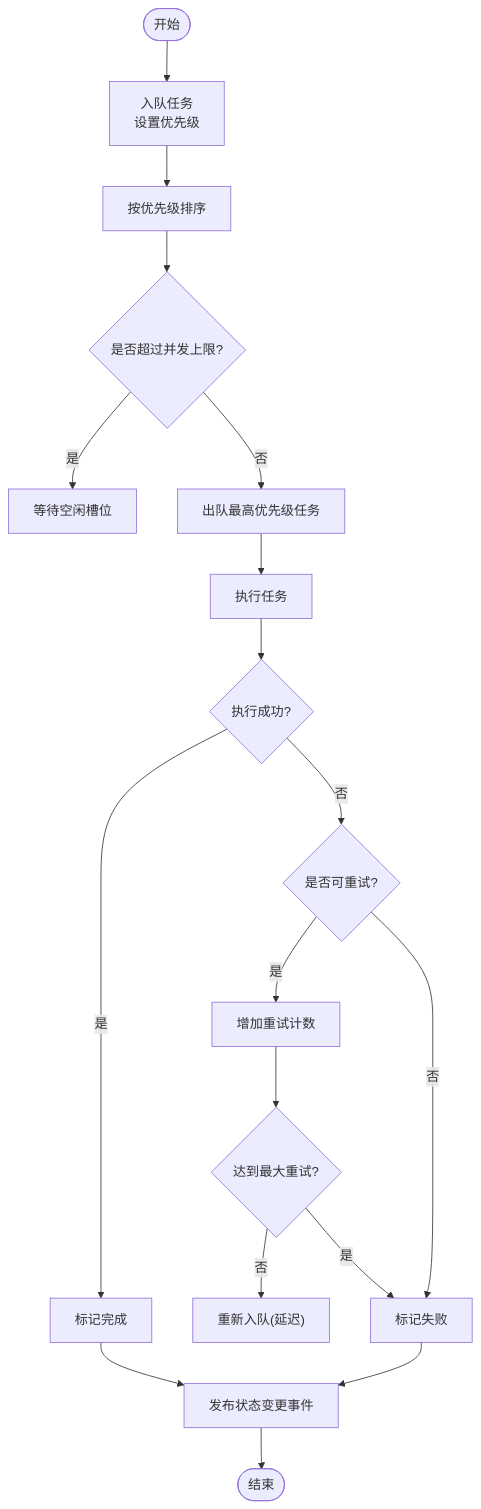
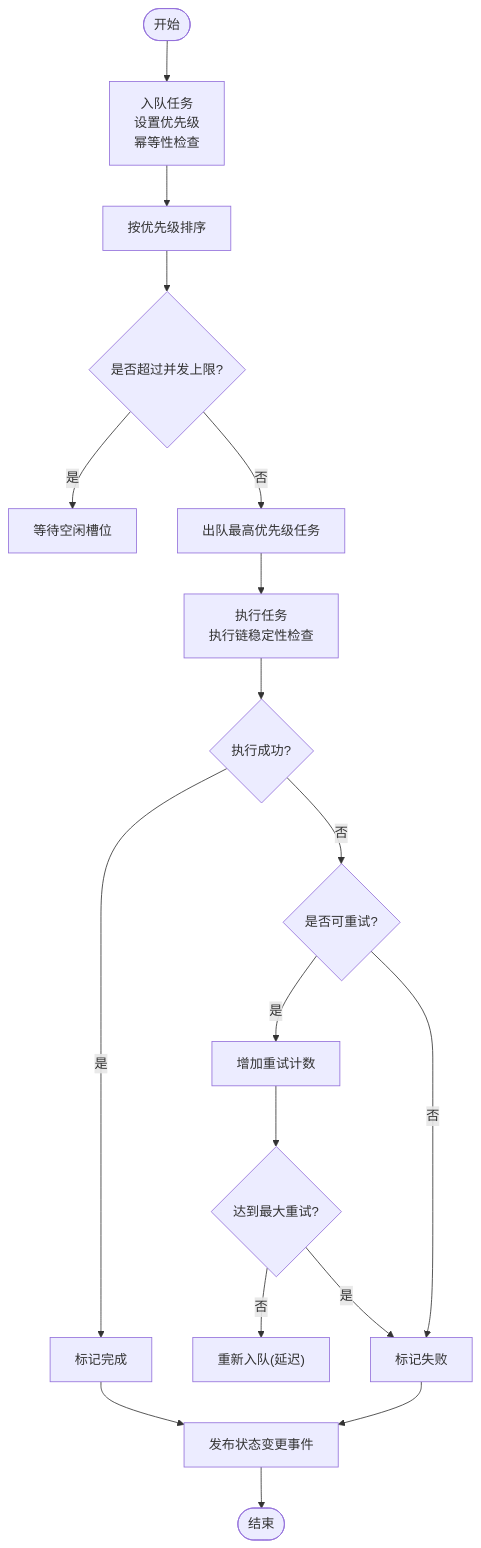
Before and after one commit to AIMFllyYS/code-video-canvas: the fifth of 9 diagrams in .qoder/repowiki/zh/content/核心功能模块/导演系统/队列处理.md, drawn with Mermaid. The commit also changed other lines of this file and 47 other files, not shown here.

````diff
--- a/.qoder/repowiki/zh/content/核心功能模块/导演系统/队列处理.md
+++ b/.qoder/repowiki/zh/content/核心功能模块/导演系统/队列处理.md
@@ -161,20 +258,20 @@
 ```mermaid
 flowchart TD
-Start(["开始"]) --> Enqueue["入队任务<br/>设置优先级"]
+Start(["开始"]) --> Enqueue["入队任务<br/>设置优先级<br/>幂等性检查"]
 Enqueue --> Sort["按优先级排序"]
 Sort --> ConcurrencyCheck{"是否超过并发上限?"}
 ConcurrencyCheck --> |是| Wait["等待空闲槽位"]
 ConcurrencyCheck --> |否| Dequeue["出队最高优先级任务"]
-Dequeue --> Execute["执行任务"]
+Dequeue --> Execute["执行任务<br/>执行链稳定性检查"]
 Execute --> Success{"执行成功?"}
 Success --> |是| MarkDone["标记完成"]
 Success --> |否| Retryable{"是否可重试?"}
 Retryable --> |是| IncRetry["增加重试计数"]
 IncRetry --> MaxRetry{"达到最大重试?"}
 MaxRetry --> |否| Requeue["重新入队(延迟)"]
 MaxRetry --> |是| MarkFailed["标记失败"]
 Retryable --> |否| MarkFailed
 MarkDone --> Publish["发布状态变更事件"]
 MarkFailed --> Publish
 Publish --> End(["结束"])
 ```
````
